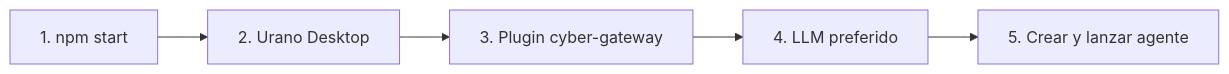
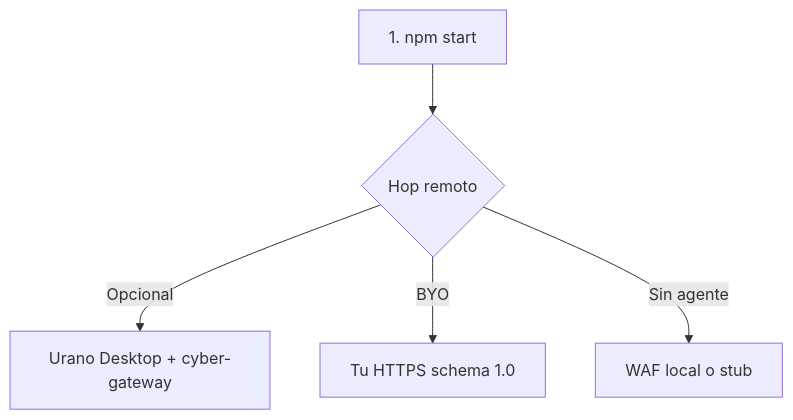
Before and after one commit to uranotools/urano-guard-demos: the first of 3 diagrams in README.md, drawn with Mermaid. The commit also changed other lines of this file and 2 other files, not shown here.

Commit message:
Urano integration and agent extenal

````diff
--- a/README.md
+++ b/README.md
@@ -67,10 +71,8 @@
 ```mermaid
-flowchart LR
+flowchart TD
   Stack["1. npm start"]
-  Desk["2. Urano Desktop"]
-  Plug["3. Plugin cyber-gateway"]
-  Llm["4. LLM preferido"]
-  Agente["5. Crear y lanzar agente"]
-
-  Stack --> Desk --> Plug --> Llm --> Agente
+  Stack --> Hop{"Hop remoto"}
+  Hop -->|"Opcional"| Desk["Urano Desktop + cyber-gateway"]
+  Hop -->|"BYO"| Own["Tu HTTPS schema 1.0"]
+  Hop -->|"Sin agente"| Local["WAF local o stub"]
 ```
````
